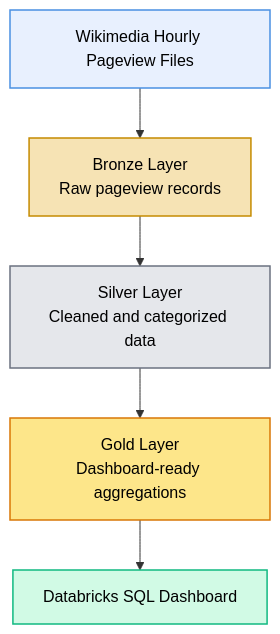
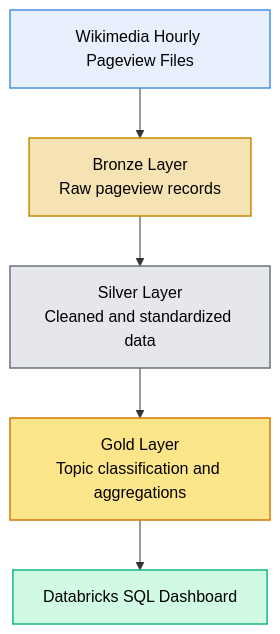
One commit to ErnoeSzabo/wikipedia-pageview-analytics changed the diagram in README.md. Above: the diagram before and after it, drawn with Mermaid. The commit also changed other lines of this file, not shown here.

````diff
--- a/README.md
+++ b/README.md
@@ -29,19 +29,19 @@
 ```mermaid
 flowchart TD
     A[Wikimedia Hourly Pageview Files] --> B[Bronze Layer<br/>Raw pageview records]
-    B --> C[Silver Layer<br/>Cleaned and categorized data]
-    C --> D[Gold Layer<br/>Dashboard-ready aggregations]
+    B --> C[Silver Layer<br/>Cleaned and standardized data]
+    C --> D[Gold Layer<br/>Topic classification and aggregations]
     D --> E[Databricks SQL Dashboard]
 
     classDef source fill:#E8F0FE,stroke:#4A90E2,stroke-width:1.5px,color:#000;
     classDef bronze fill:#F6E3B4,stroke:#C58B00,stroke-width:1.5px,color:#000;
     classDef silver fill:#E5E7EB,stroke:#6B7280,stroke-width:1.5px,color:#000;
     classDef gold fill:#FDE68A,stroke:#D97706,stroke-width:1.5px,color:#000;
     classDef dashboard fill:#D1FAE5,stroke:#10B981,stroke-width:1.5px,color:#000;
 
     class A source;
     class B bronze;
     class C silver;
     class D gold;
     class E dashboard;
 ```
````
